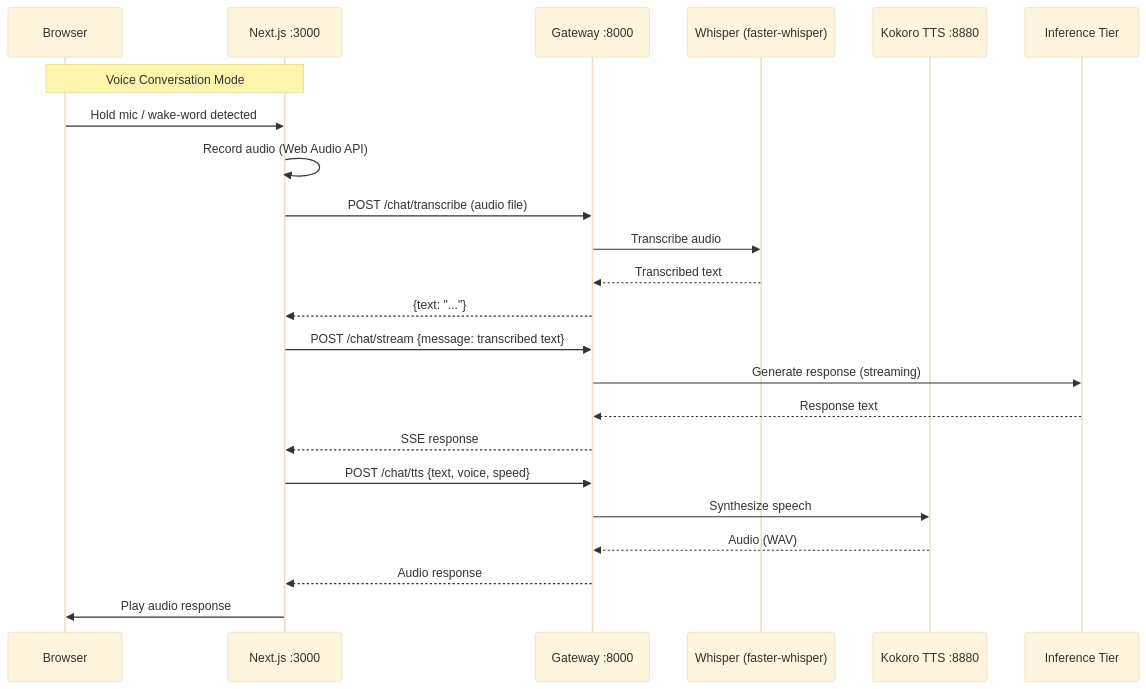
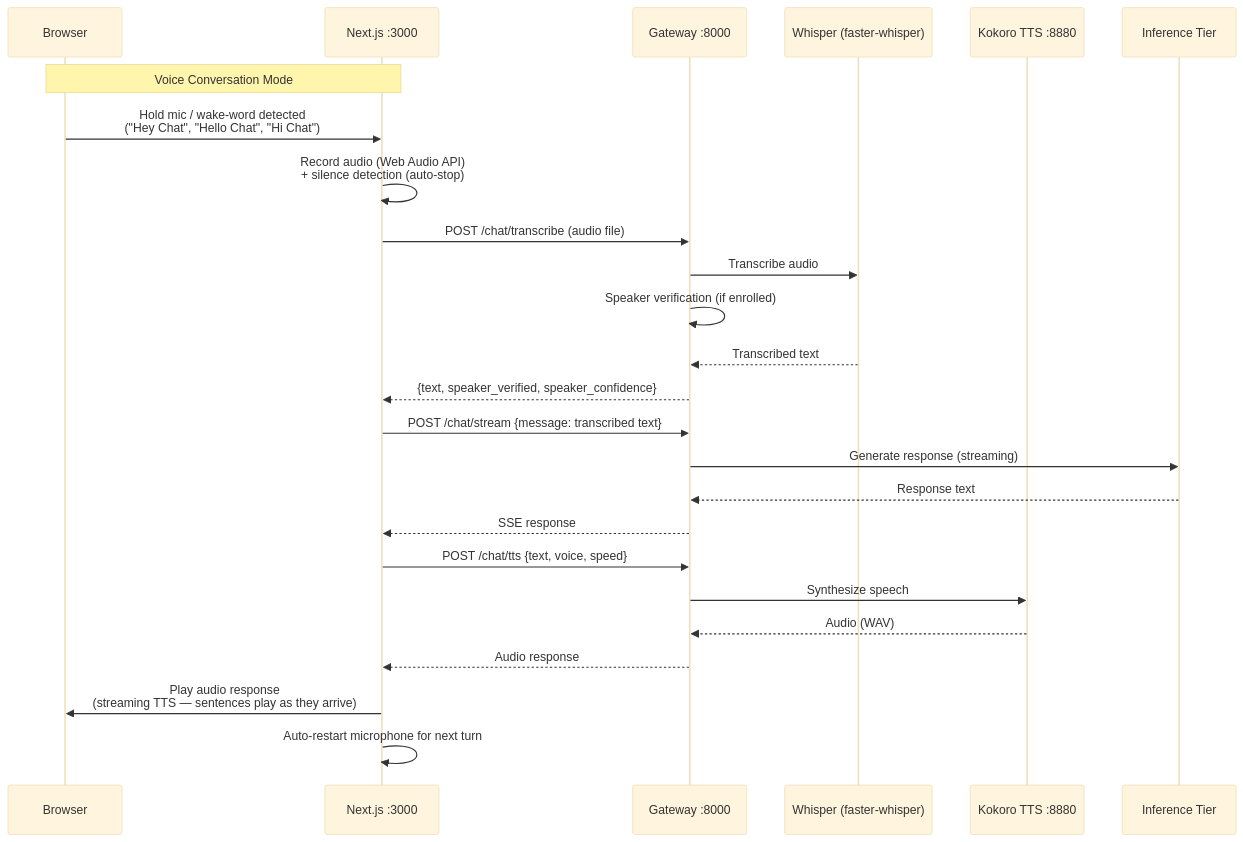
The seventh of 12 diagrams in full_system_architecture_map_730d3d3f.plan.md (Jimmy6929/Molebie_AI), drawn with Mermaid (base theme) before and after one commit. The commit also changed other lines of this file, not shown here.

````diff
--- a/full_system_architecture_map_730d3d3f.plan.md
+++ b/full_system_architecture_map_730d3d3f.plan.md
@@ -279,28 +313,30 @@
 ```mermaid
 sequenceDiagram
     participant U as Browser
     participant W as Next.js :3000
     participant G as Gateway :8000
     participant STT as Whisper (faster-whisper)
     participant TTS as Kokoro TTS :8880
     participant LLM as Inference Tier
 
     Note over U,W: Voice Conversation Mode
-    U->>W: Hold mic / wake-word detected
-    W->>W: Record audio (Web Audio API)
+    U->>W: Hold mic / wake-word detected<br/>("Hey Chat", "Hello Chat", "Hi Chat")
+    W->>W: Record audio (Web Audio API)<br/>+ silence detection (auto-stop)
     W->>G: POST /chat/transcribe (audio file)
     G->>STT: Transcribe audio
+    G->>G: Speaker verification (if enrolled)
     STT-->>G: Transcribed text
-    G-->>W: {text: "..."}
+    G-->>W: {text, speaker_verified, speaker_confidence}
 
     W->>G: POST /chat/stream {message: transcribed text}
     G->>LLM: Generate response (streaming)
     LLM-->>G: Response text
     G-->>W: SSE response
 
     W->>G: POST /chat/tts {text, voice, speed}
     G->>TTS: Synthesize speech
     TTS-->>G: Audio (WAV)
     G-->>W: Audio response
-    W->>U: Play audio response
+    W->>U: Play audio response<br/>(streaming TTS — sentences play as they arrive)
+    W->>W: Auto-restart microphone for next turn
 ```
````
